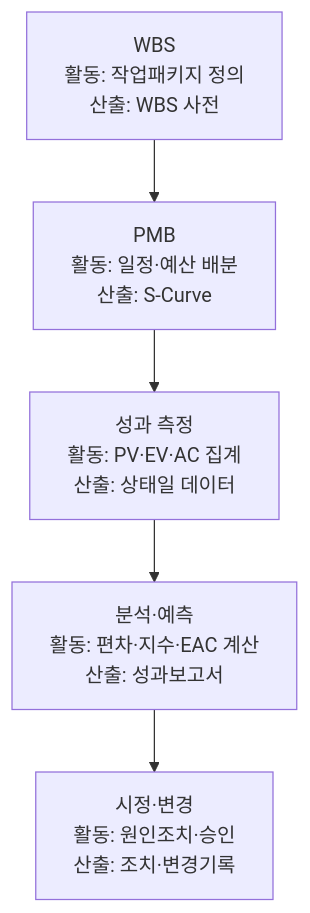
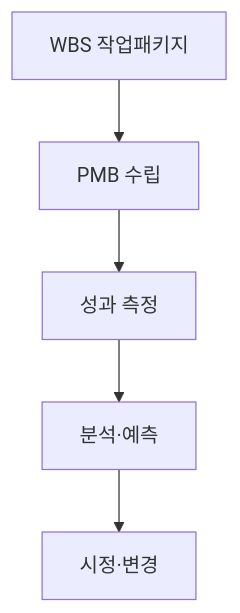
The first of 2 diagrams in src/content/docs/notes/itpe/01-it-strategy/032_evm.md (agnusdei1207/study), drawn with Mermaid before and after one commit. The commit also changed other lines of this file and 19 other files, not shown here.

````diff
--- a/src/content/docs/notes/itpe/01-it-strategy/032_evm.md
+++ b/src/content/docs/notes/itpe/01-it-strategy/032_evm.md
@@ -52,7 +52,7 @@
 ```mermaid
 flowchart TD
-    A["WBS<br/>활동: 작업패키지 정의<br/>산출: WBS 사전"] --> B["PMB<br/>활동: 일정·예산 배분<br/>산출: S-Curve"]
-    B --> C["성과 측정<br/>활동: PV·EV·AC 집계<br/>산출: 상태일 데이터"]
-    C --> D["분석·예측<br/>활동: 편차·지수·EAC 계산<br/>산출: 성과보고서"]
-    D --> E["시정·변경<br/>활동: 원인조치·승인<br/>산출: 조치·변경기록"]
+    A["WBS 작업패키지"] --> B["PMB 수립"]
+    B --> C["성과 측정"]
+    C --> D["분석·예측"]
+    D --> E["시정·변경"]
 ```
````
